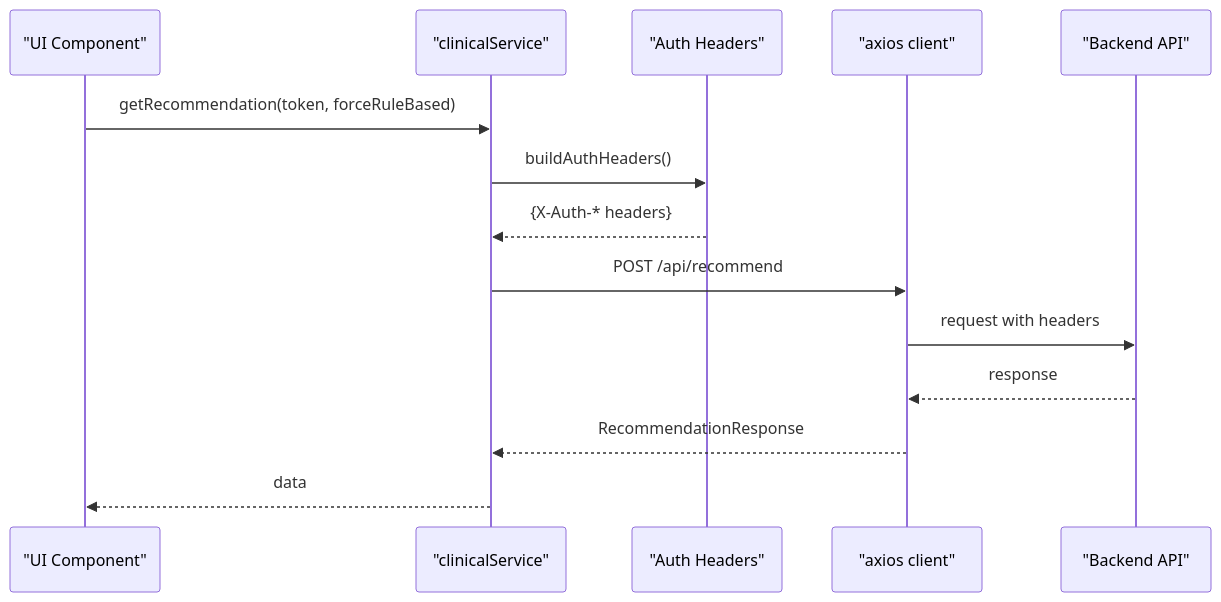
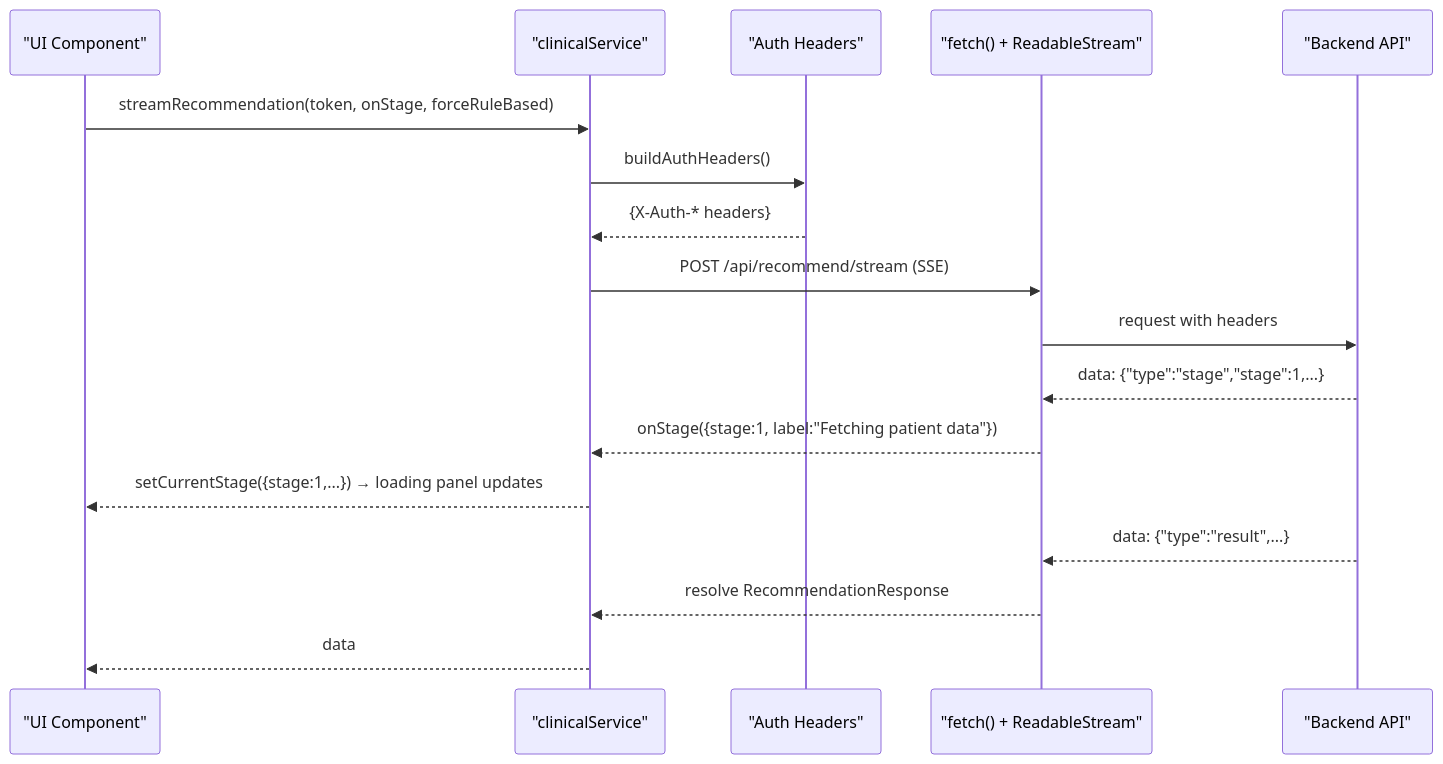
The sixth of 9 diagrams in POC/v4/.qoder/repowiki/en/content/Frontend Application/Frontend Application.md (vdat-18/navaveij), drawn with Mermaid before and after one commit. The commit also changed other lines of this file and 9 other files, not shown here.

Commit message:
feat(fe): streaming loading screen with pregress panel

````diff
--- a/POC/v4/.qoder/repowiki/en/content/Frontend Application/Frontend Application.md
+++ b/POC/v4/.qoder/repowiki/en/content/Frontend Application/Frontend Application.md
@@ -314,16 +315,19 @@
 ```mermaid
 sequenceDiagram
 participant UI as "UI Component"
 participant SVC as "clinicalService"
 participant AUTH as "Auth Headers"
-participant AX as "axios client"
+participant FETCH as "fetch() + ReadableStream"
 participant BE as "Backend API"
-UI->>SVC : getRecommendation(token, forceRuleBased)
+UI->>SVC : streamRecommendation(token, onStage, forceRuleBased)
 SVC->>AUTH : buildAuthHeaders()
 AUTH-->>SVC : {X-Auth-* headers}
-SVC->>AX : POST /api/recommend
-AX->>BE : request with headers
-BE-->>AX : response
-AX-->>SVC : RecommendationResponse
+SVC->>FETCH : POST /api/recommend/stream (SSE)
+FETCH->>BE : request with headers
+BE-->>FETCH : data: {"type":"stage","stage":1,...}
+FETCH-->>SVC : onStage({stage:1, label:"Fetching patient data"})
+SVC-->>UI : setCurrentStage({stage:1,...}) → loading panel updates
+BE-->>FETCH : data: {"type":"result",...}
+FETCH-->>SVC : resolve RecommendationResponse
 SVC-->>UI : data
 ```
````
